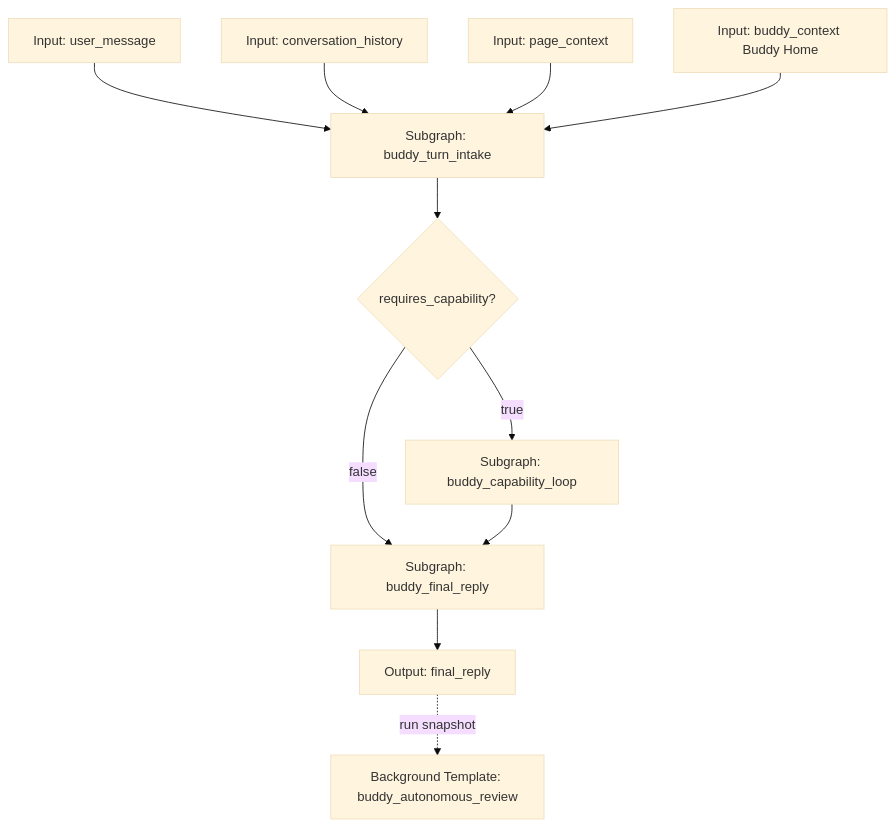
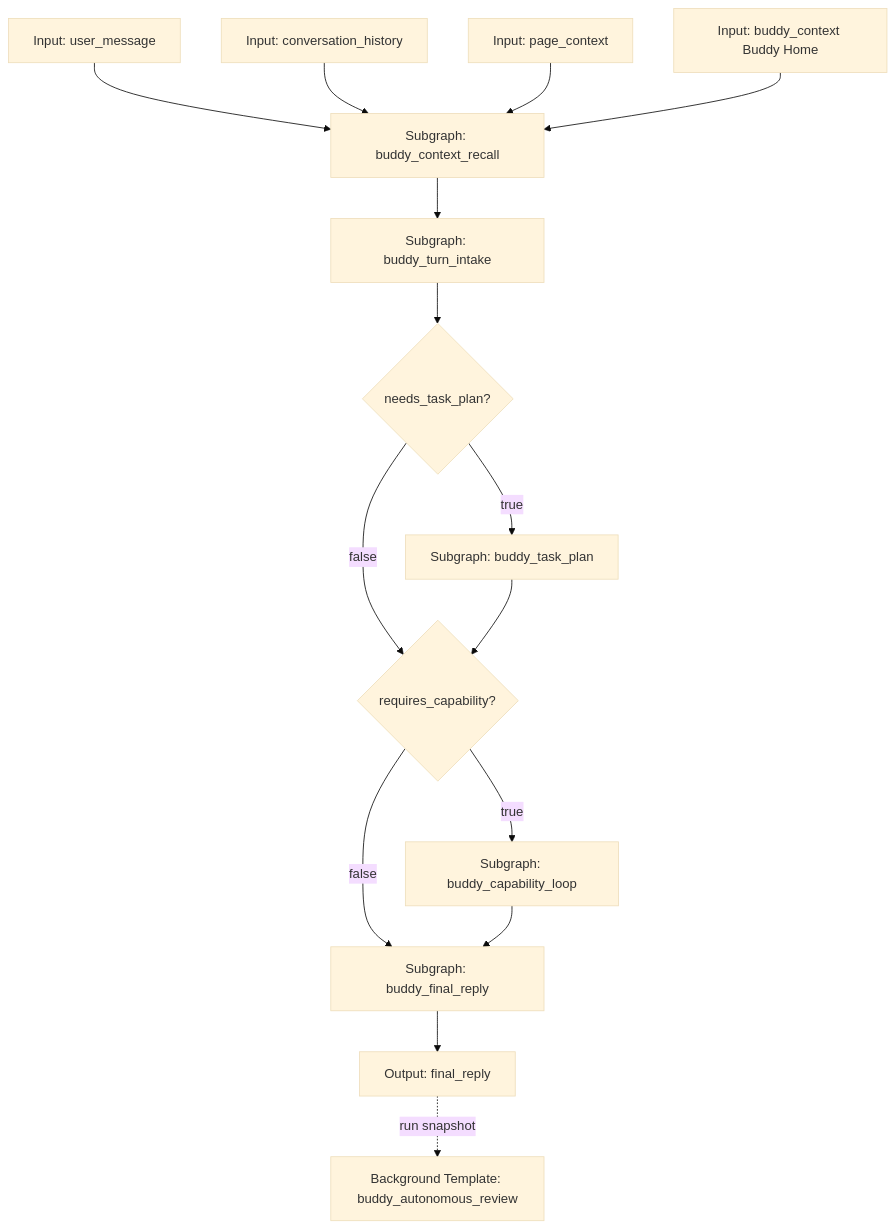
One commit to link-1069/TooGraph changed the first of 7 diagrams in docs/future/buddy-autonomous-agent-roadmap.md. Above: the diagram before and after it, drawn with Mermaid (base theme). The commit also changed other lines of this file and 1 other file, not shown here.

````diff
--- a/docs/future/buddy-autonomous-agent-roadmap.md
+++ b/docs/future/buddy-autonomous-agent-roadmap.md
@@ -92,14 +94,18 @@
 ```mermaid
 flowchart TD
-  U[Input: user_message] --> I[Subgraph: buddy_turn_intake]
-  H[Input: conversation_history] --> I
-  P[Input: page_context] --> I
-  B[Input: buddy_context Buddy Home] --> I
+  U[Input: user_message] --> R[Subgraph: buddy_context_recall]
+  H[Input: conversation_history] --> R
+  P[Input: page_context] --> R
+  B[Input: buddy_context Buddy Home] --> R
 
-  I --> C{requires_capability?}
+  R --> I[Subgraph: buddy_turn_intake]
+  I --> T{needs_task_plan?}
+  T -- true --> P0[Subgraph: buddy_task_plan]
+  T -- false --> C{requires_capability?}
+  P0 --> C
   C -- false --> F[Subgraph: buddy_final_reply]
   C -- true --> L[Subgraph: buddy_capability_loop]
   L --> F
   F --> O[Output: final_reply]
-  O -. run snapshot .-> R[Background Template: buddy_autonomous_review]
+  O -. run snapshot .-> BG[Background Template: buddy_autonomous_review]
 ```
````
